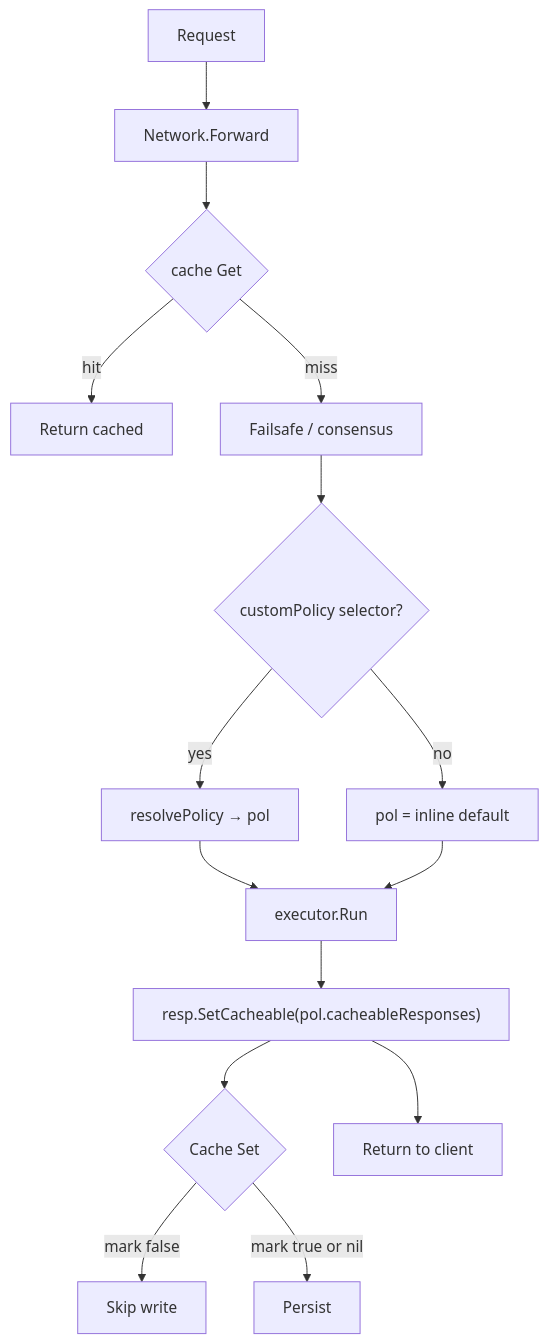
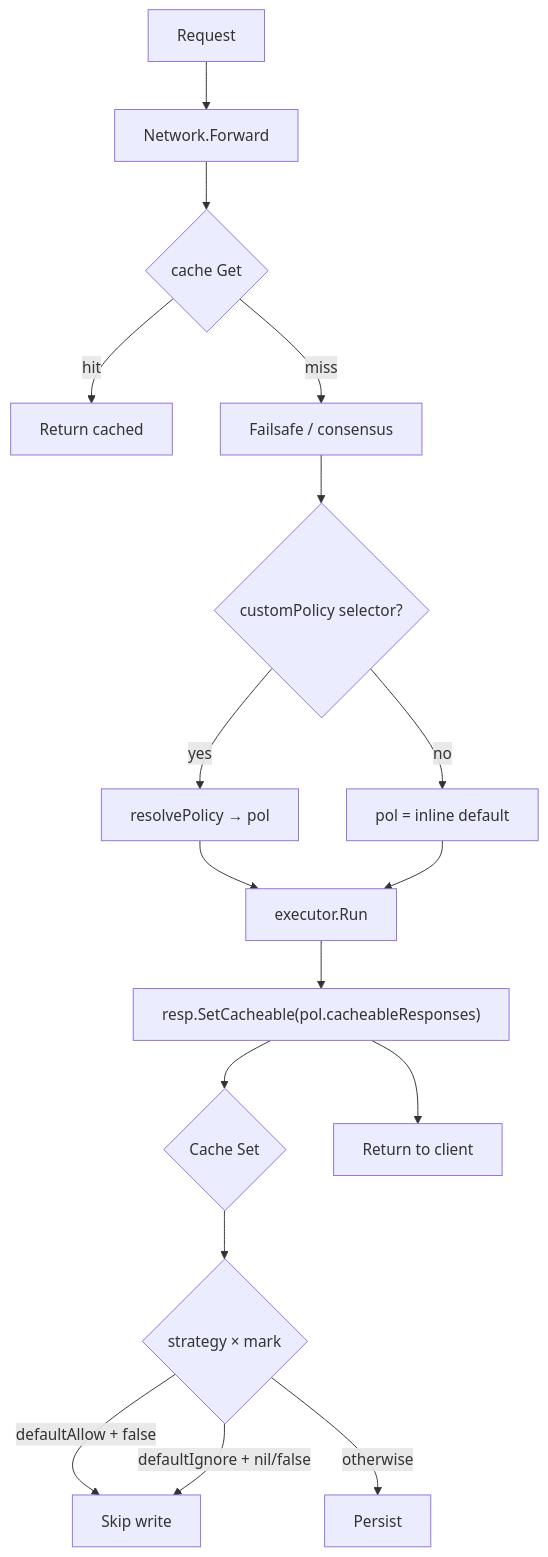
Before and after one commit to andreclaro/erpc: the first of 3 diagrams in specs/cacheable-responses/feature.md, drawn with Mermaid. The commit also changed other lines of this file and 1 other file, not shown here.

First line of the commit message:
docs(specs): add cachingStrategy defaultAllow to cacheable-responses

````diff
--- a/specs/cacheable-responses/feature.md
+++ b/specs/cacheable-responses/feature.md
@@ -89,17 +126,19 @@
 ```mermaid
 flowchart TD
   req[Request] --> fwd[Network.Forward]
   fwd --> get{cache Get}
   get -->|hit| out[Return cached]
   get -->|miss| fs[Failsafe / consensus]
   fs --> sel{customPolicy selector?}
   sel -->|yes| pick[resolvePolicy → pol]
   sel -->|no| def[pol = inline default]
   pick --> run[executor.Run]
   def --> run
   run --> mark["resp.SetCacheable(pol.cacheableResponses)"]
   mark --> set{Cache Set}
-  set -->|mark false| skip[Skip write]
-  set -->|mark true or nil| write[Persist]
+  set --> decide{"strategy × mark"}
+  decide -->|defaultAllow + false| skip[Skip write]
+  decide -->|defaultIgnore + nil/false| skip
+  decide -->|otherwise| write[Persist]
   mark --> client[Return to client]
 ```
````
